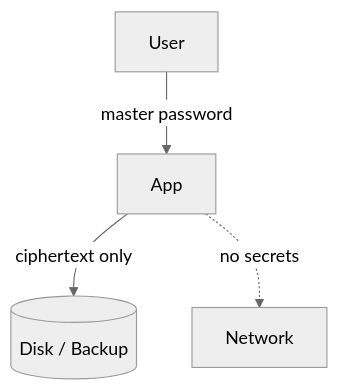
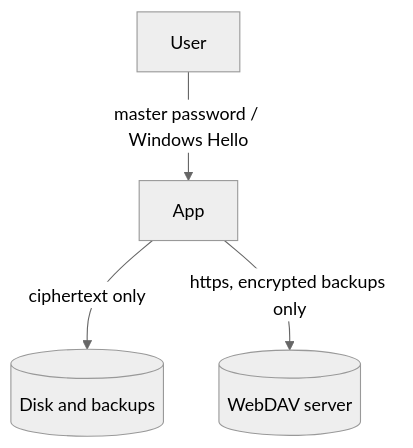
The diagram in docs/ThreatModel.md (GabrielVergara/MasterSafeAuthenticator), drawn with Mermaid (neutral theme) before and after one commit. The commit also changed other lines of this file and 75 other files, not shown here.

````diff
--- a/docs/ThreatModel.md
+++ b/docs/ThreatModel.md
@@ -11,6 +11,6 @@
 ```mermaid
 flowchart TD
-    User -->|master password| App
-    App -->|ciphertext only| Disk[(Disk / Backup)]
-    App -.no secrets.-> Network
+    User -->|master password / Windows Hello| App
+    App -->|ciphertext only| Disk[(Disk and backups)]
+    App -->|https, encrypted backups only| Cloud[(WebDAV server)]
 ```
````
